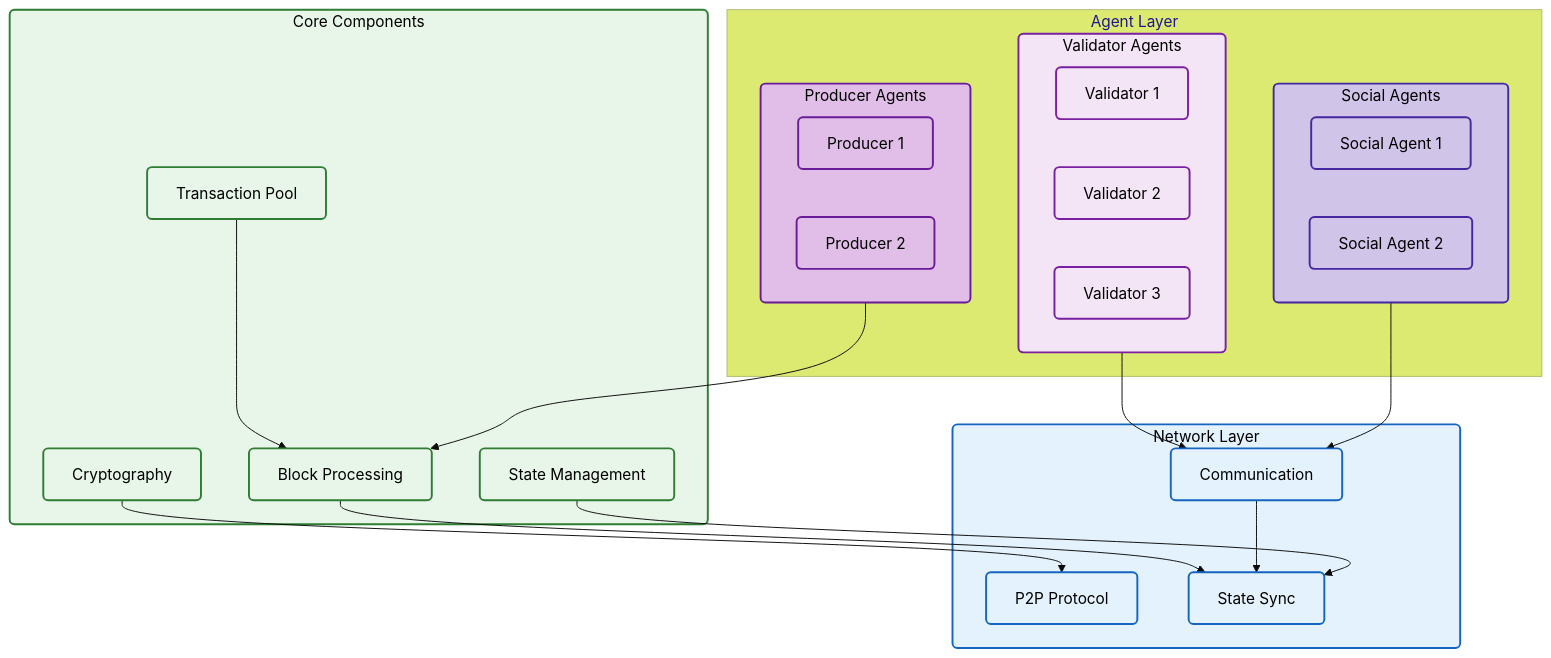
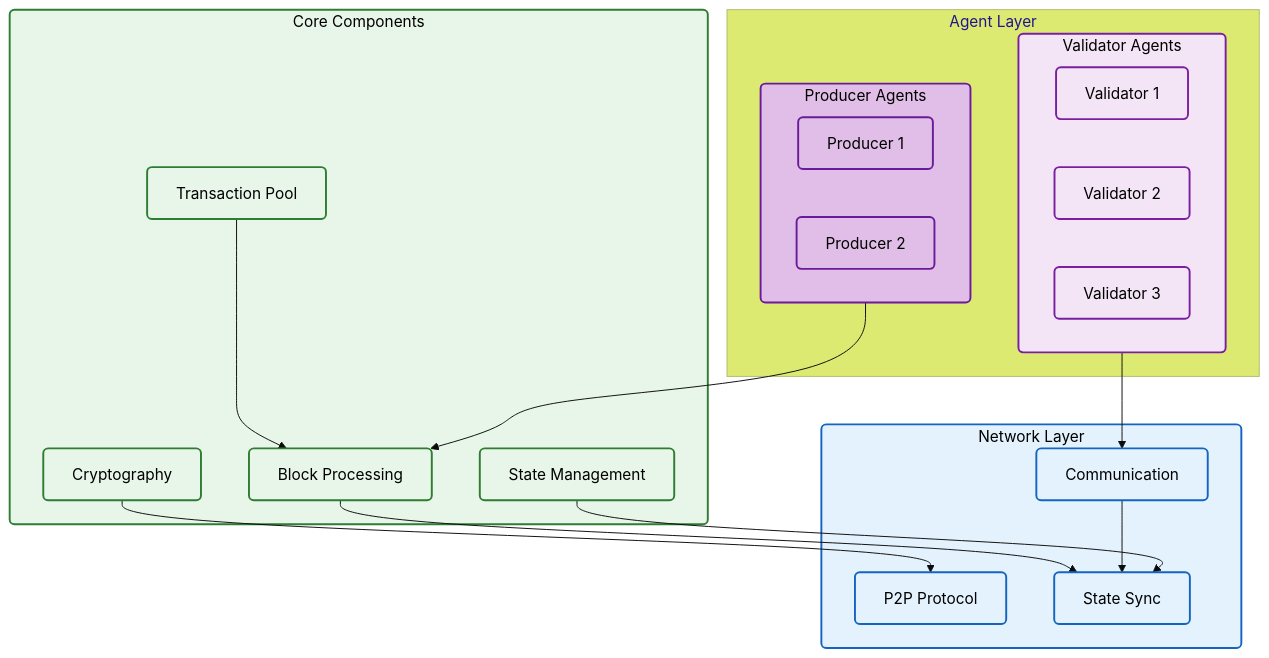
Before and after one commit to SumeetChougule/chaoschain: the first of 6 diagrams in docs/introduction/architecture.md, drawn with Mermaid.

Commit message:
Remove social agents from System Overview diagram for cleaner architecture

````diff
--- a/docs/introduction/architecture.md
+++ b/docs/introduction/architecture.md
@@ -9,57 +9,48 @@
 ```mermaid
 %%{init: {'theme': 'base', 'themeVariables': { 'fontSize': '16px', 'fontFamily': 'arial', 'primaryColor': '#6c5ce7', 'primaryTextColor': '#000' }}}%%
 flowchart TB
     subgraph Network["Network Layer"]
         NP["P2P Protocol"]
         NC["Communication"]
         NS["State Sync"]
     end
     
     subgraph Agents["Agent Layer"]
         subgraph Validators["Validator Agents"]
             V1["Validator 1"]
             V2["Validator 2"]
             V3["Validator 3"]
         end
         
         subgraph Producers["Producer Agents"]
             P1["Producer 1"]
             P2["Producer 2"]
         end
-        
-        subgraph Social["Social Agents"]
-            S1["Social Agent 1"]
-            S2["Social Agent 2"]
-        end
     end
     
     subgraph Core["Core Components"]
         B["Block Processing"]
         T["Transaction Pool"]
         SM["State Management"]
         CR["Cryptography"]
     end
     
     Validators --> NC
     Producers --> B
-    Social --> NC
     B --> NS
     T --> B
     NC --> NS
     SM --> NS
     CR --> NP
 
     classDef default fill:#f8f9fa,stroke:#333,stroke-width:2px,rx:5,ry:5,color:#000
     classDef network fill:#e3f2fd,stroke:#1565c0,stroke-width:2px,rx:5,ry:5,color:#000
-    classDef agents fill:#f3e5f5,stroke:#7b1fa2,stroke-width:2px,rx:5,ry:5,color:#000
     classDef core fill:#e8f5e9,stroke:#2e7d32,stroke-width:2px,rx:5,ry:5,color:#000
     classDef validator fill:#f3e5f5,stroke:#7b1fa2,stroke-width:2px,rx:5,ry:5,color:#000
     classDef producer fill:#e1bee7,stroke:#6a1b9a,stroke-width:2px,rx:5,ry:5,color:#000
-    classDef social fill:#d1c4e9,stroke:#4527a0,stroke-width:2px,rx:5,ry:5,color:#000
     
     class NP,NC,NS,Network network
     class V1,V2,V3,Validators validator
     class P1,P2,Producers producer
-    class S1,S2,Social social
     class B,T,SM,CR,Core core
 ```
````
